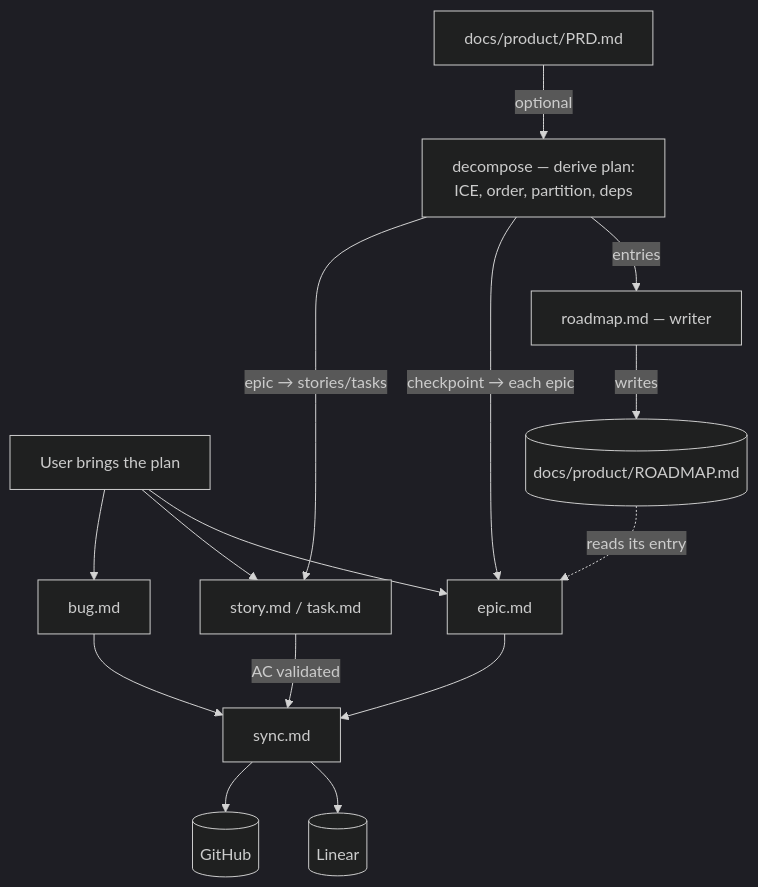
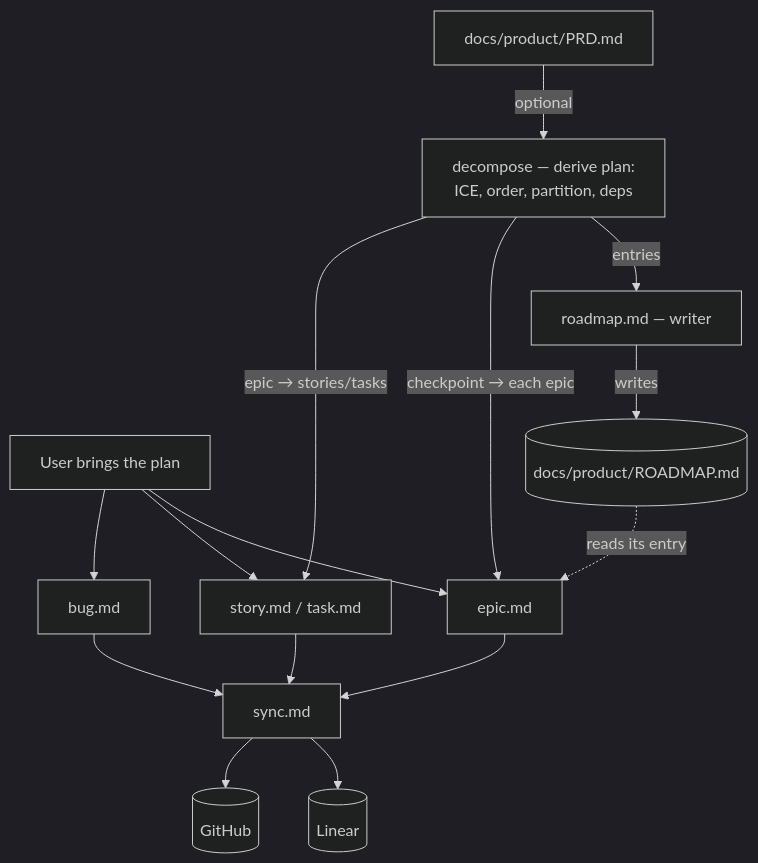
One commit to adeonir/agent-skills changed the diagram in skills/product/epic-tracker/README.md. Above: the diagram before and after it, drawn with Mermaid (dark theme). The commit also changed 9 other files, not shown here.

````diff
--- a/skills/product/epic-tracker/README.md
+++ b/skills/product/epic-tracker/README.md
@@ -7,17 +7,17 @@
 ```mermaid
 flowchart TD
     USER[User brings the plan] --> EP[epic.md]
     USER --> STK[story.md / task.md]
     USER --> BG[bug.md]
     PRD[docs/product/PRD.md] -->|optional| DEC[decompose — derive plan:<br>ICE, order, partition, deps]
     DEC -->|entries| RW[roadmap.md — writer]
     RW -->|writes| RM[(docs/product/ROADMAP.md)]
     DEC -->|checkpoint → each epic| EP
     RM -.reads its entry.-> EP
     DEC -->|epic → stories/tasks| STK
     EP --> SY[sync.md]
-    STK -->|AC validated| SY
+    STK --> SY
     BG --> SY
     SY --> LN[(Linear)]
     SY --> GH[(GitHub)]
 ```
````
